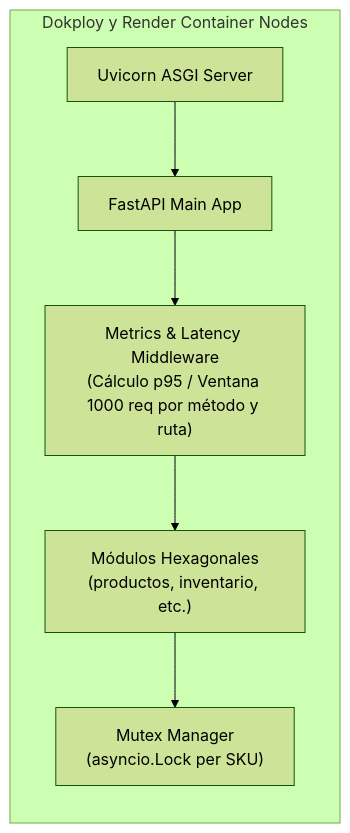
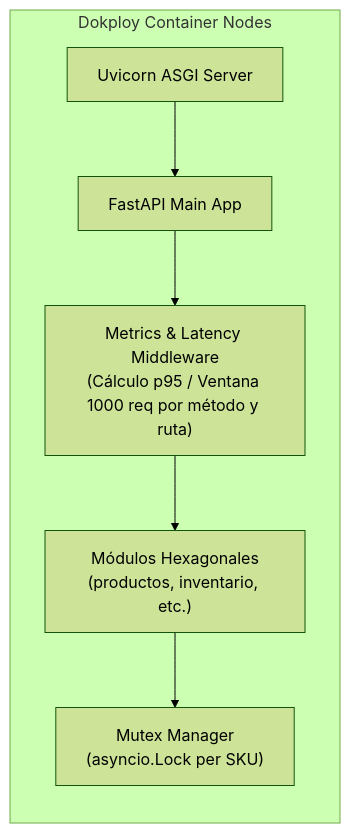
Before and after one commit to ISCOUTB/AS_202620_InvenTrack: the sixth of 7 diagrams in docs/arc42/arc42-template-EN.md, drawn with Mermaid (forest theme). The commit also changed other lines of this file and 19 other files, not shown here.

````diff
--- a/docs/arc42/arc42-template-EN.md
+++ b/docs/arc42/arc42-template-EN.md
@@ -468,12 +459,12 @@
 ```mermaid
 flowchart LR
-    subgraph DEPLOYMENT_NODES["Dokploy y Render Container Nodes"]
+    subgraph DEPLOYMENT_NODES["Dokploy Container Nodes"]
         UVI["Uvicorn ASGI Server"]
         FAST["FastAPI Main App"]
         MIDDLEWARE["Metrics & Latency Middleware<br/>(Cálculo p95 / Ventana 1000 req por método y ruta)"]
         MODS["Módulos Hexagonales<br/>(productos, inventario, etc.)"]
         MUTEX["Mutex Manager<br/>(asyncio.Lock per SKU)"]
 
         UVI --> FAST --> MIDDLEWARE --> MODS --> MUTEX
     end
 ```
````
